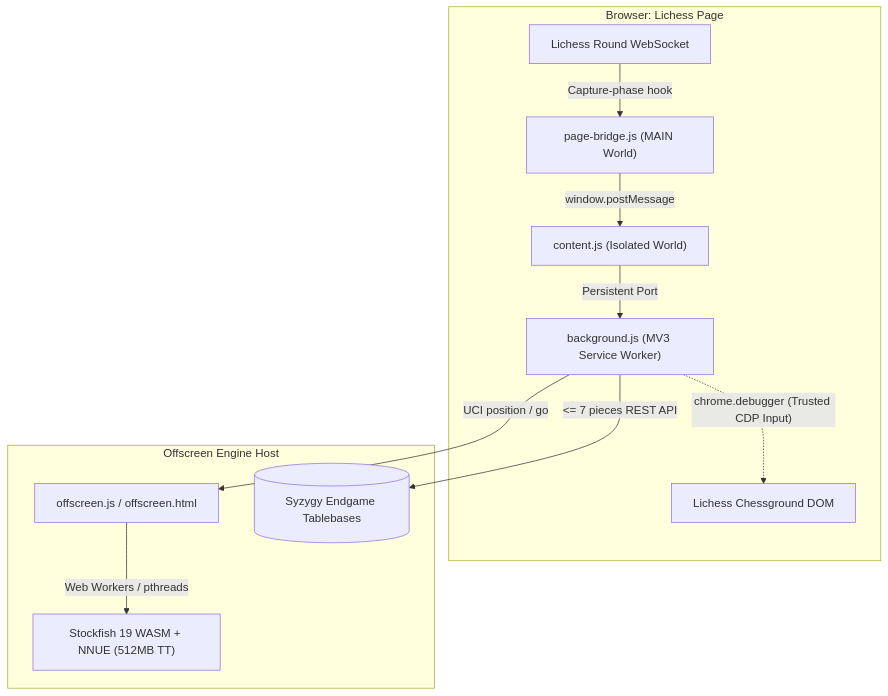
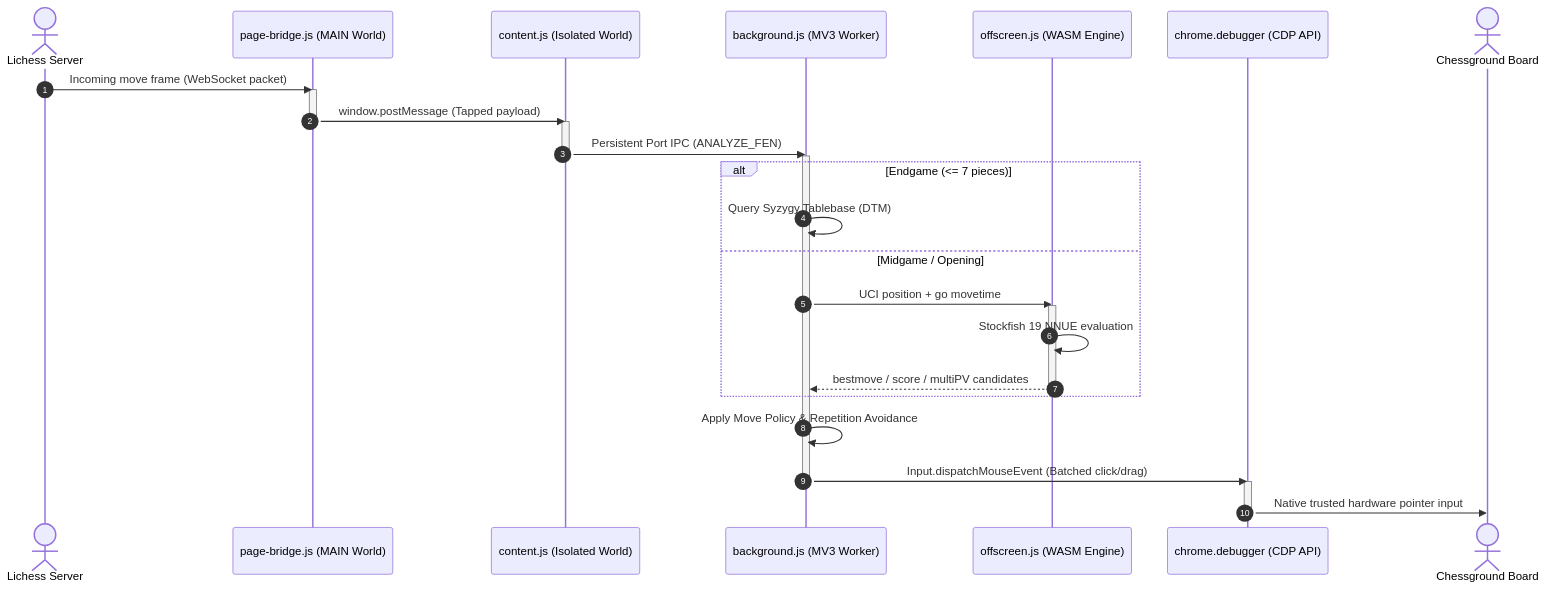
The diagram in README.md (Mackming/framezero), drawn with Mermaid before and after one commit. The commit also changed other lines of this file, not shown here.

Commit message:
docs: streamline README with interactive diagrams and collapsible deep dives

````diff
--- a/README.md
+++ b/README.md
@@ -18,15 +40,37 @@
 ```mermaid
-flowchart TD
-    subgraph Browser ["Browser: Lichess Page"]
-        WS["Lichess Round WebSocket"] -->|"Capture-phase hook"| PB["page-bridge.js (MAIN World)"]
-        PB -->|"window.postMessage"| CS["content.js (Isolated World)"]
-        CS -->|"Persistent Port"| SW["background.js (MV3 Service Worker)"]
-        SW -.->|"chrome.debugger (Trusted CDP Input)"| Board["Lichess Chessground DOM"]
+sequenceDiagram
+    autonumber
+    actor Lichess as Lichess Server
+    participant PB as page-bridge.js (MAIN World)
+    participant CS as content.js (Isolated World)
+    participant SW as background.js (MV3 Worker)
+    participant OD as offscreen.js (WASM Engine)
+    participant CDP as chrome.debugger (CDP API)
+    actor Board as Chessground Board
+
+    Lichess->>PB: Incoming move frame (WebSocket packet)
+    activate PB
+    PB->>CS: window.postMessage (Tapped payload)
+    deactivate PB
+    activate CS
+    CS->>SW: Persistent Port IPC (ANALYZE_FEN)
+    deactivate CS
+    activate SW
+
+    alt Endgame (<= 7 pieces)
+        SW->>SW: Query Syzygy Tablebase (DTM)
+    else Midgame / Opening
+        SW->>OD: UCI position + go movetime
+        activate OD
+        OD->>OD: Stockfish 19 NNUE evaluation
+        OD-->>SW: bestmove / score / multiPV candidates
+        deactivate OD
     end
 
-    subgraph EngineBackend ["Offscreen Engine Host"]
-        SW -->|"UCI position / go"| OD["offscreen.js / offscreen.html"]
-        OD -->|"Web Workers / pthreads"| SF["Stockfish 19 WASM + NNUE (512MB TT)"]
-        SW -->|"<= 7 pieces REST API"| TB[("Syzygy Endgame Tablebases")]
-    end
+    SW->>SW: Apply Move Policy & Repetition Avoidance
+    SW->>CDP: Input.dispatchMouseEvent (Batched click/drag)
+    deactivate SW
+    activate CDP
+    CDP->>Board: Native trusted hardware pointer input
+    deactivate CDP
 ```
````
